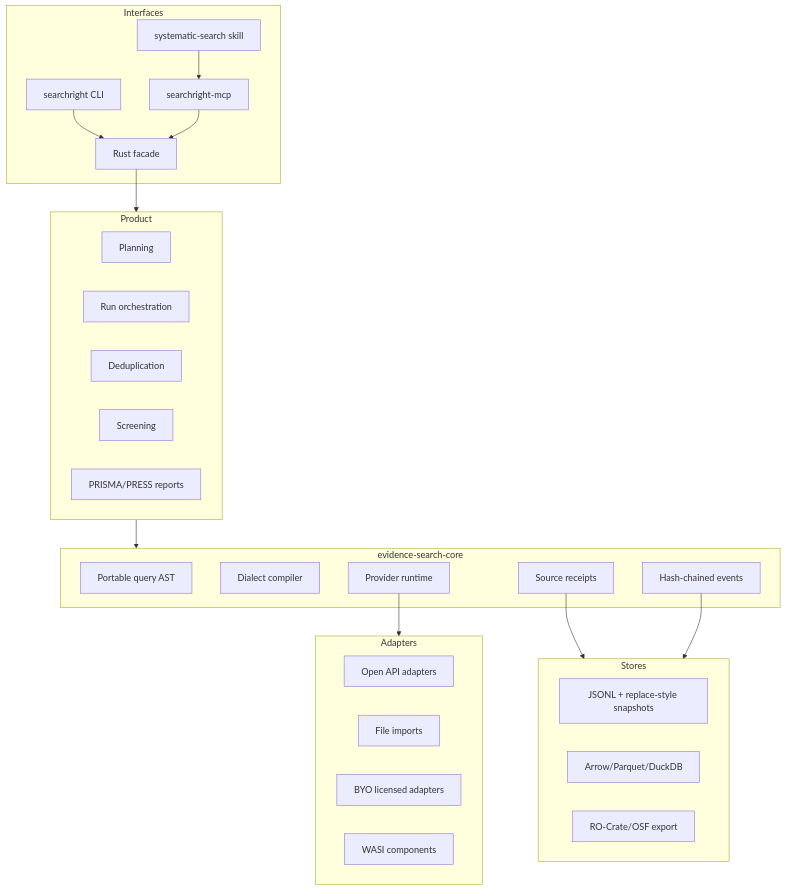
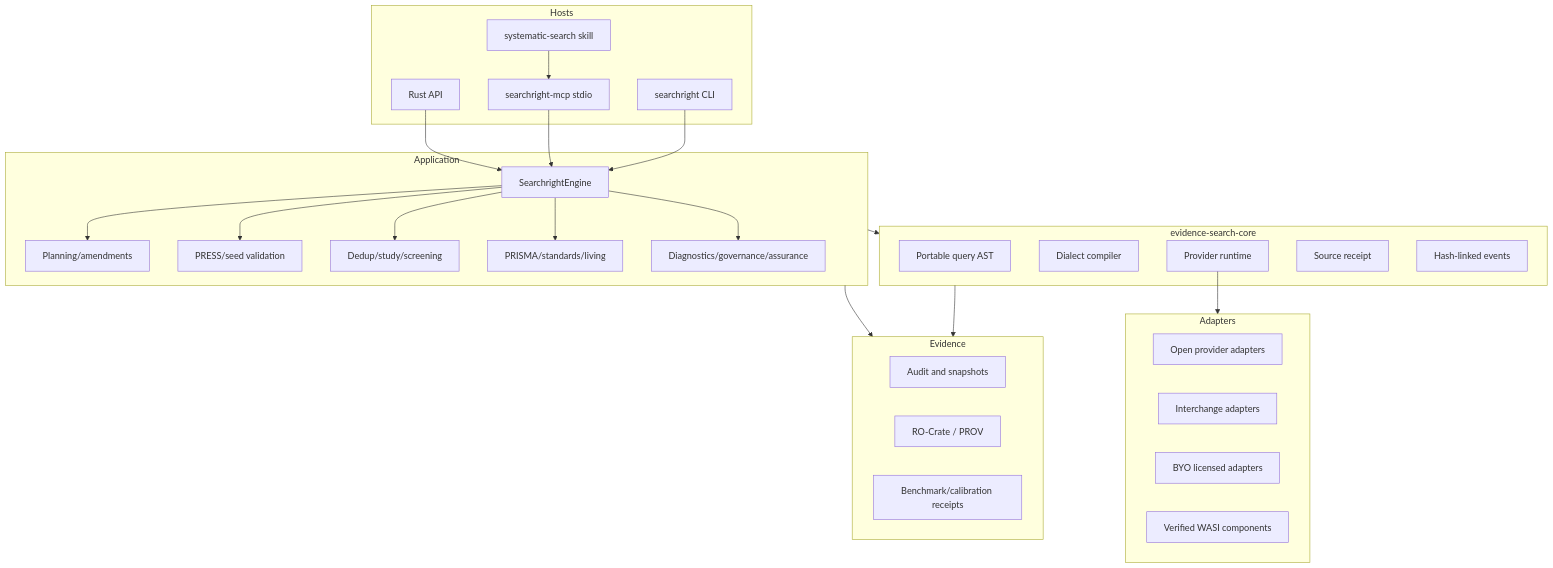
The second of 7 diagrams in conductor/design.md (edithatogo/searchright), drawn with Mermaid before and after one commit. The commit also changed other lines of this file and 609 other files, not shown here.

Commit message:
feat: restore full Searchright roadmap implementation

````diff
--- a/conductor/design.md
+++ b/conductor/design.md
@@ -23,43 +25,49 @@
 ```mermaid
 flowchart TB
-  subgraph Interfaces
+  subgraph Hosts
     CLI[searchright CLI]
-    MCP[searchright-mcp]
-    API[Rust facade]
+    MCP[searchright-mcp stdio]
+    API[Rust API]
     SKILL[systematic-search skill]
   end
-  subgraph Product
-    PLAN[Planning]
-    RUN[Run orchestration]
-    DEDUP[Deduplication]
-    SCREEN[Screening]
-    REPORT[PRISMA/PRESS reports]
+  subgraph Application
+    ENGINE[SearchrightEngine]
+    PLAN[Planning/amendments]
+    VALIDATE[PRESS/seed validation]
+    REVIEW[Dedup/study/screening]
+    REPORT[PRISMA/standards/living]
+    GOV[Diagnostics/governance/assurance]
   end
   subgraph Kernel[evidence-search-core]
     AST[Portable query AST]
     COMP[Dialect compiler]
     PROVIDER[Provider runtime]
-    RECEIPT[Source receipts]
-    AUDIT[Hash-chained events]
+    RECEIPT[Source receipt]
+    AUDIT[Hash-linked events]
   end
   subgraph Adapters
-    OPEN[Open API adapters]
-    IMPORT[File imports]
+    OPEN[Open provider adapters]
+    IMPORT[Interchange adapters]
     LICENSED[BYO licensed adapters]
-    WASI[WASI components]
+    WASI[Verified WASI components]
   end
-  subgraph Stores
-    JSONL[JSONL + replace-style snapshots]
-    ANALYTIC[Arrow/Parquet/DuckDB]
-    ROCRATE[RO-Crate/OSF export]
+  subgraph Evidence
+    STORE[Audit and snapshots]
+    PROV[RO-Crate / PROV]
+    BENCH[Benchmark/calibration receipts]
   end
 
   SKILL --> MCP
-  CLI --> API
-  MCP --> API
-  API --> Product
-  Product --> Kernel
+  CLI --> ENGINE
+  MCP --> ENGINE
+  API --> ENGINE
+  ENGINE --> PLAN
+  ENGINE --> VALIDATE
+  ENGINE --> REVIEW
+  ENGINE --> REPORT
+  ENGINE --> GOV
+  Application --> Kernel
   PROVIDER --> Adapters
-  RECEIPT --> Stores
-  AUDIT --> Stores
+  Kernel --> Evidence
+  Application --> Evidence
 ```
````
